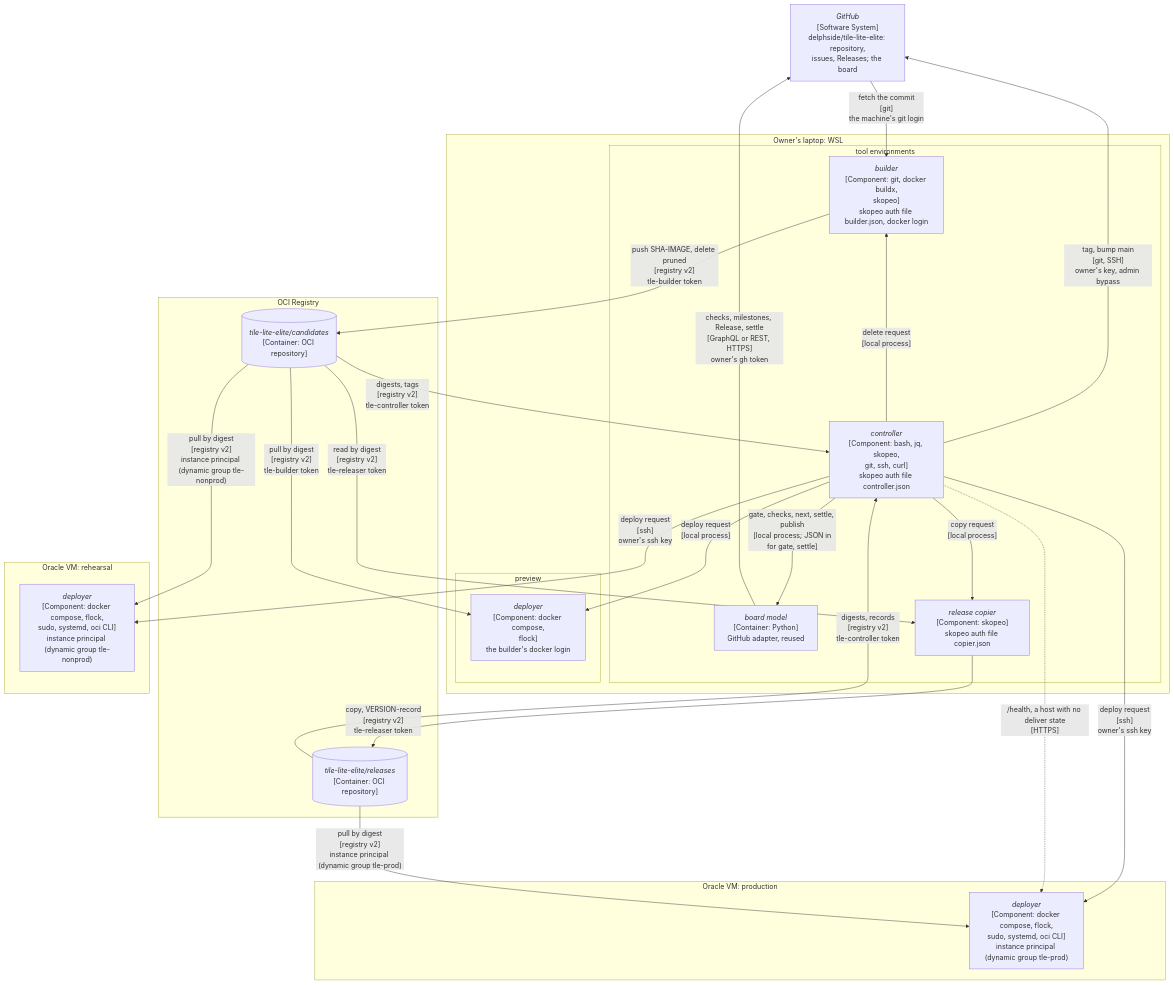
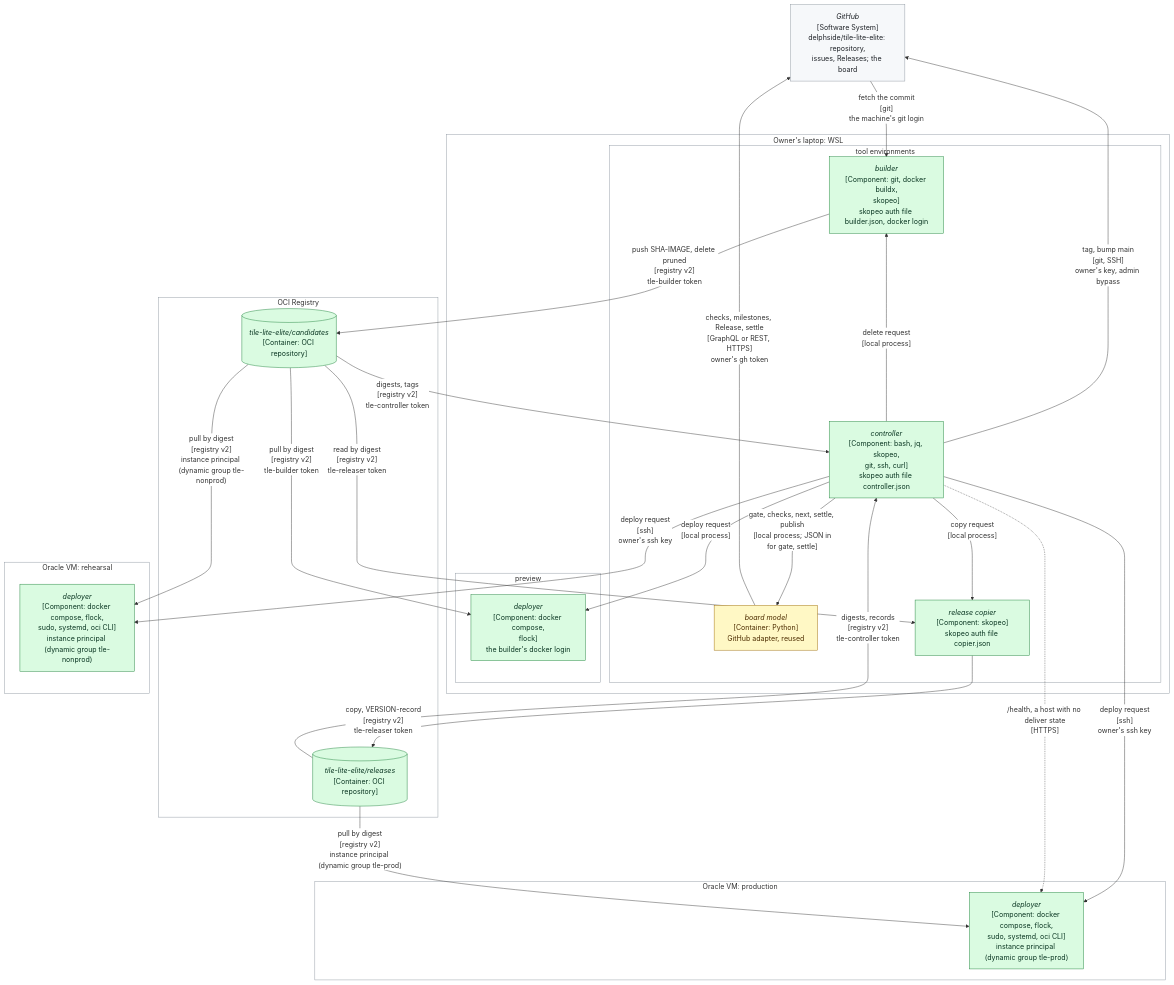
The third of 7 diagrams in records/2.5-changes/programme-tooling/117-generic-deliver-tool/design.md (delphside/programme), drawn with Mermaid before and after one commit. The commit also changed other lines of this file, not shown here.

````diff
--- a/records/2.5-changes/programme-tooling/117-generic-deliver-tool/design.md
+++ b/records/2.5-changes/programme-tooling/117-generic-deliver-tool/design.md
@@ -201,43 +361,50 @@
 ```mermaid
+%%{init: {"themeVariables": {"clusterBkg": "#ffffff", "clusterBorder": "#8c959f", "edgeLabelBackground": "#ffffff"}}}%%
 flowchart TB
   GH["<i>GitHub</i><br>[Software System]<br>delphside/tile-lite-elite: repository,<br>issues, Releases; the board"]
   subgraph LAPTOP["Owner's laptop: WSL"]
     subgraph TOOLS["tool environments"]
       CTL["<i>controller</i><br>[Component: bash, jq, skopeo,<br>git, ssh, curl]<br>skopeo auth file controller.json"]
       BM["<i>board model</i><br>[Container: Python]<br>GitHub adapter, reused"]
       BLD["<i>builder</i><br>[Component: git, docker buildx,<br>skopeo]<br>skopeo auth file builder.json, docker login"]
       COPY["<i>release copier</i><br>[Component: skopeo]<br>skopeo auth file copier.json"]
     end
     subgraph PREV["preview"]
       DEPP["<i>deployer</i><br>[Component: docker compose,<br>flock]<br>the builder's docker login"]
     end
   end
   subgraph OCIR["OCI Registry"]
     CAND[("<i>tile-lite-elite/candidates</i><br>[Container: OCI repository]")]
     REL[("<i>tile-lite-elite/releases</i><br>[Container: OCI repository]")]
   end
   subgraph REHVM["Oracle VM: rehearsal"]
     DEPR["<i>deployer</i><br>[Component: docker compose, flock,<br>sudo, systemd, oci CLI]<br>instance principal (dynamic group tle-nonprod)"]
   end
   subgraph PRODVM["Oracle VM: production"]
     DEPX["<i>deployer</i><br>[Component: docker compose, flock,<br>sudo, systemd, oci CLI]<br>instance principal (dynamic group tle-prod)"]
   end
   GH -->|"fetch the commit<br>[git]<br>the machine's git login"| BLD
   CTL -->|"gate, checks, next, settle, publish<br>[local process; JSON in<br>for gate, settle]"| BM
   BM -->|"checks, milestones, Release, settle<br>[GraphQL or REST, HTTPS]<br>owner's gh token"| GH
   CTL -->|"tag, bump main<br>[git, SSH]<br>owner's key, admin bypass"| GH
   BLD -->|"push SHA-IMAGE, delete pruned<br>[registry v2]<br>tle-builder token"| CAND
   CAND -->|"digests, tags<br>[registry v2]<br>tle-controller token"| CTL
   REL -->|"digests, records<br>[registry v2]<br>tle-controller token"| CTL
   CTL -->|"delete request<br>[local process]"| BLD
   CTL -->|"copy request<br>[local process]"| COPY
   CAND -->|"read by digest<br>[registry v2]<br>tle-releaser token"| COPY
   COPY -->|"copy, VERSION-record<br>[registry v2]<br>tle-releaser token"| REL
   CTL -->|"deploy request<br>[local process]"| DEPP
   CTL -->|"deploy request<br>[ssh]<br>owner's ssh key"| DEPR
   CTL -->|"deploy request<br>[ssh]<br>owner's ssh key"| DEPX
   CTL -.->|"/health, a host with no deliver state<br>[HTTPS]"| DEPX
   CAND -->|"pull by digest<br>[registry v2]<br>tle-builder token"| DEPP
   CAND -->|"pull by digest<br>[registry v2]<br>instance principal (dynamic group tle-nonprod)"| DEPR
   REL -->|"pull by digest<br>[registry v2]<br>instance principal (dynamic group tle-prod)"| DEPX
+  classDef unchanged    fill:#f6f8fa,stroke:#8c959f,color:#1f2328
+  classDef new          fill:#dafbe1,stroke:#1a7f37,color:#0a3622
+  classDef changed      fill:#fff8c5,stroke:#9a6700,color:#4d2d00
+  class CTL,BLD,COPY,DEPP,DEPR,DEPX,CAND,REL new
+  class BM changed
+  class GH unchanged
 ```
````
